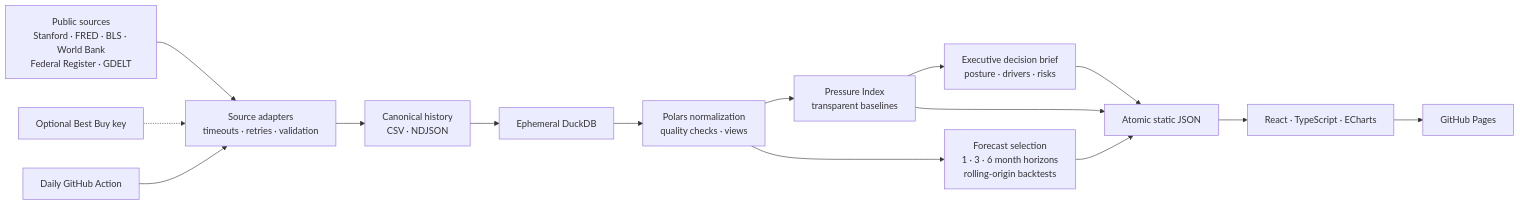
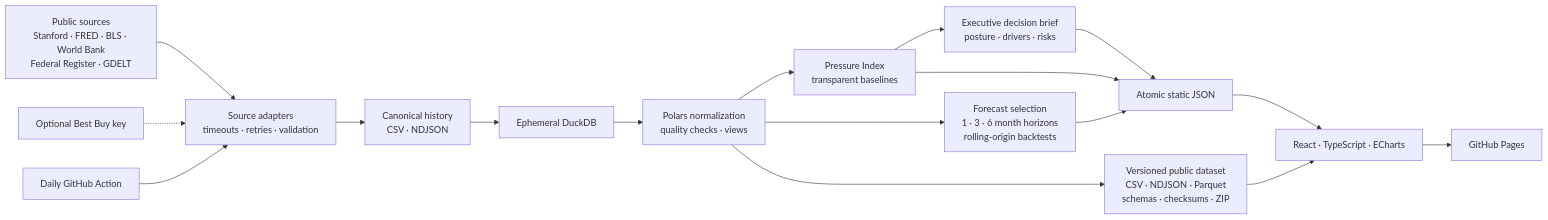
The diagram in README.md (Photon7777/memorypulse), drawn with Mermaid before and after one commit. The commit also changed other lines of this file and 75 other files, not shown here.

Commit message:
feat: launch analytics dashboard and public dataset

````diff
--- a/README.md
+++ b/README.md
@@ -30,17 +30,19 @@
 ```mermaid
 flowchart LR
   A["Public sources\nStanford · FRED · BLS · World Bank\nFederal Register · GDELT"] --> B["Source adapters\ntimeouts · retries · validation"]
   K["Optional Best Buy key"] -.-> B
   B --> C["Canonical history\nCSV · NDJSON"]
   C --> D["Ephemeral DuckDB"]
   D --> E["Polars normalization\nquality checks · views"]
   E --> F["Pressure Index\ntransparent baselines"]
   E --> G["Forecast selection\n1 · 3 · 6 month horizons\nrolling-origin backtests"]
   F --> Q["Executive decision brief\nposture · drivers · risks"]
   F --> H["Atomic static JSON"]
   G --> H
   Q --> H
+  E --> R["Versioned public dataset\nCSV · NDJSON · Parquet\nschemas · checksums · ZIP"]
   H --> I["React · TypeScript · ECharts"]
+  R --> I
   I --> J["GitHub Pages"]
   L["Daily GitHub Action"] --> B
 ```
````
